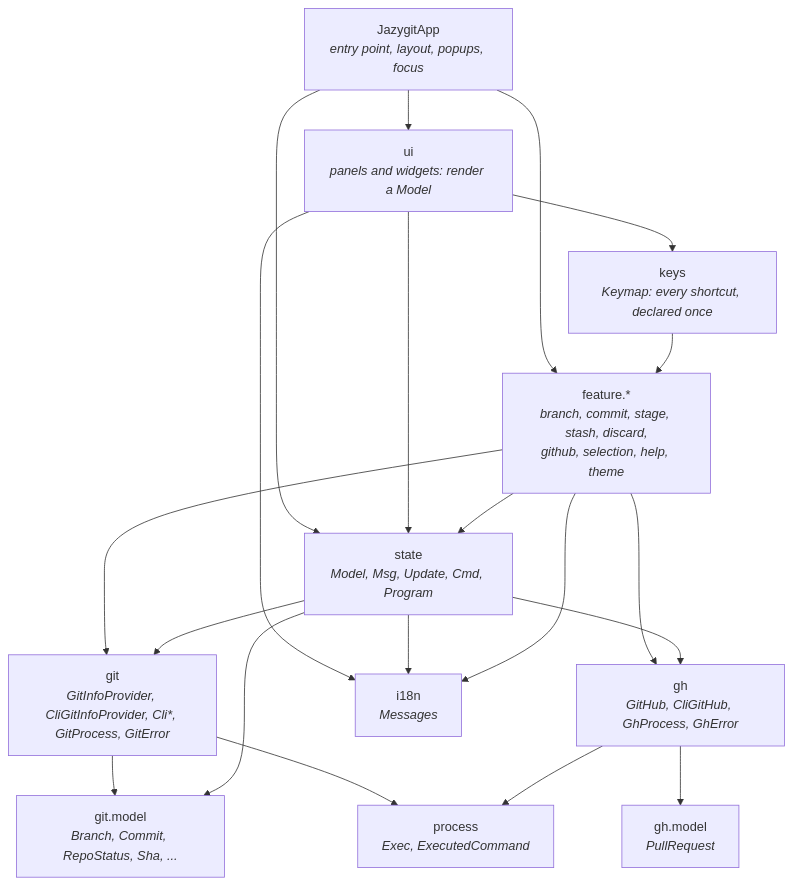
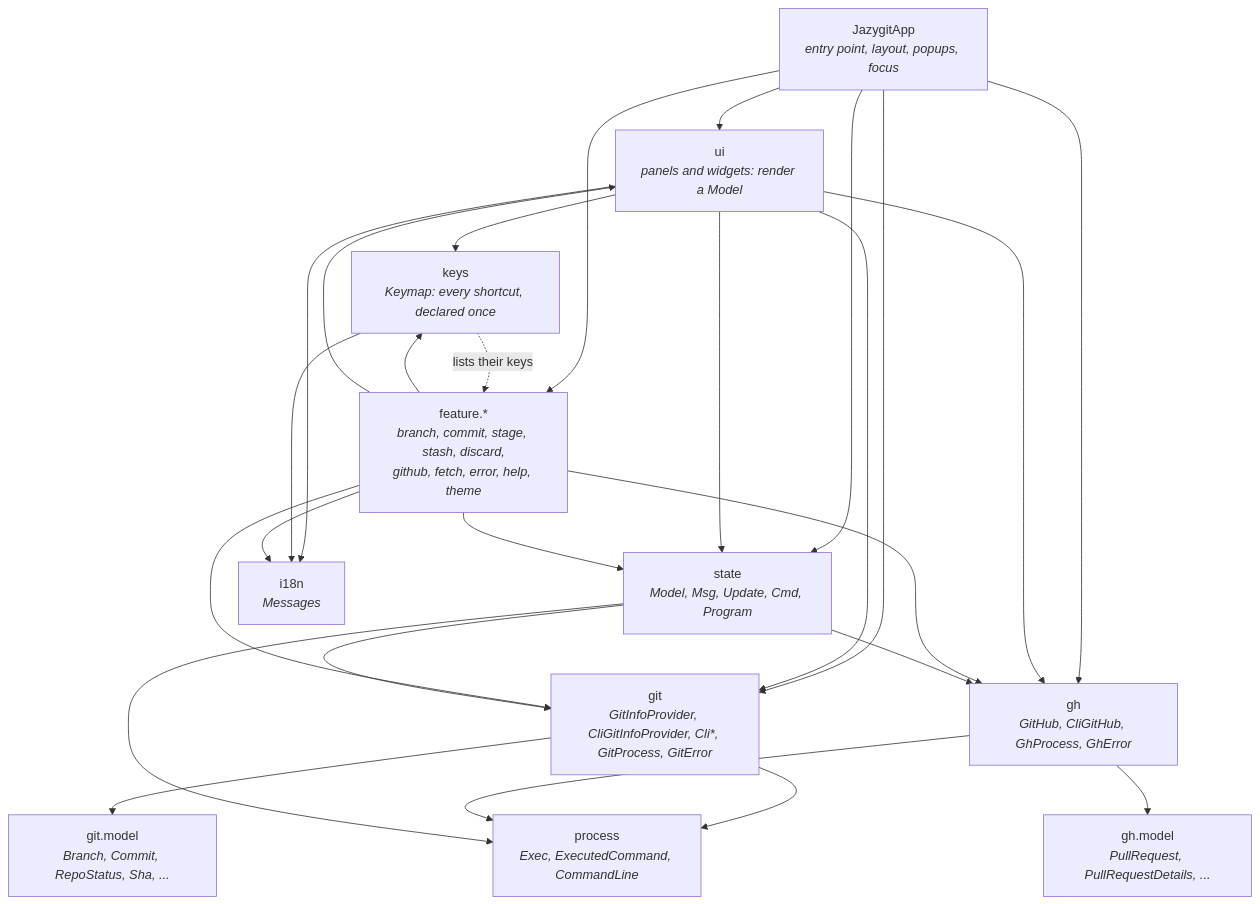
Before and after one commit to cvanfleteren/jazygit: the first of 7 diagrams in ARCHITECTURE.md, drawn with Mermaid. The commit also changed other lines of this file and 5 other files, not shown here.

````diff
--- a/ARCHITECTURE.md
+++ b/ARCHITECTURE.md
@@ -17,34 +17,40 @@
 ```mermaid
 graph TD
     App["JazygitApp<br/><i>entry point, layout, popups, focus</i>"]
     UI["ui<br/><i>panels and widgets: render a Model</i>"]
     Keys["keys<br/><i>Keymap: every shortcut, declared once</i>"]
-    Feature["feature.*<br/><i>branch, commit, stage, stash, discard,<br/>github, selection, help, theme</i>"]
+    Feature["feature.*<br/><i>branch, commit, stage, stash, discard,<br/>github, fetch, error, help, theme</i>"]
     State["state<br/><i>Model, Msg, Update, Cmd, Program</i>"]
     Git["git<br/><i>GitInfoProvider, CliGitInfoProvider, Cli*, GitProcess, GitError</i>"]
     GitModel["git.model<br/><i>Branch, Commit, RepoStatus, Sha, ...</i>"]
     Gh["gh<br/><i>GitHub, CliGitHub, GhProcess, GhError</i>"]
-    GhModel["gh.model<br/><i>PullRequest</i>"]
-    Process["process<br/><i>Exec, ExecutedCommand</i>"]
+    GhModel["gh.model<br/><i>PullRequest, PullRequestDetails, ...</i>"]
+    Process["process<br/><i>Exec, ExecutedCommand, CommandLine</i>"]
     I18n["i18n<br/><i>Messages</i>"]
 
     App --> UI
     App --> State
     App --> Feature
+    App --> Git
+    App --> Gh
     UI --> Keys
     UI --> State
-    Keys --> Feature
+    UI --> Git
+    UI --> Gh
+    Keys -. "lists their keys" .-> Feature
+    Feature --> Keys
+    Feature --> UI
     Feature --> State
     Feature --> Git
     State --> Git
     Git --> GitModel
     Feature --> Gh
     State --> Gh
     Gh --> GhModel
     Git --> Process
     Gh --> Process
-    State --> GitModel
+    State --> Process
     UI --> I18n
-    State --> I18n
+    Keys --> I18n
     Feature --> I18n
 ```
````
